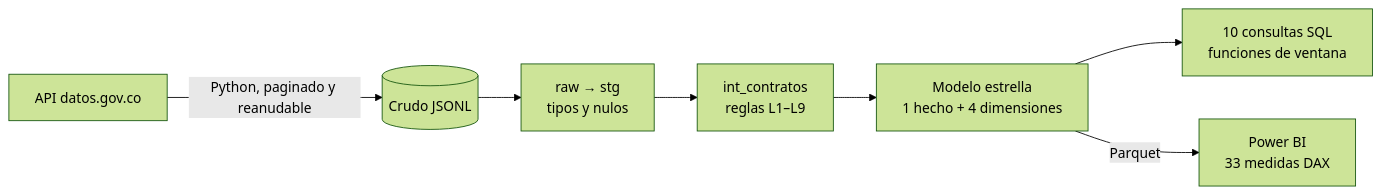
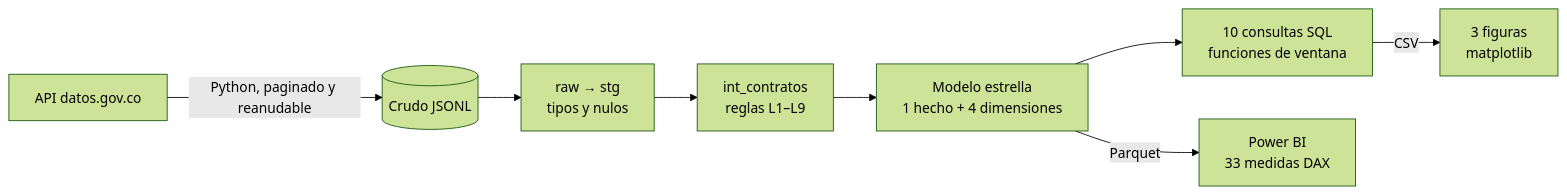
One commit to alexgomez-gif/secop-contratacion changed the diagram in README.md. Above: the diagram before and after it, drawn with Mermaid (forest theme). The commit also changed other lines of this file and 5 other files, not shown here.

````diff
--- a/README.md
+++ b/README.md
@@ -55,9 +55,10 @@
 ```mermaid
 flowchart LR
     A[API datos.gov.co] -->|Python, paginado y reanudable| B[(Crudo JSONL)]
     B --> C[raw → stg<br/>tipos y nulos]
     C --> D[int_contratos<br/>reglas L1–L9]
     D --> E[Modelo estrella<br/>1 hecho + 4 dimensiones]
     E --> F[10 consultas SQL<br/>funciones de ventana]
+    F -->|CSV| H[3 figuras<br/>matplotlib]
     E -->|Parquet| G[Power BI<br/>33 medidas DAX]
 ```
````
